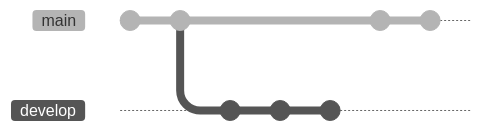
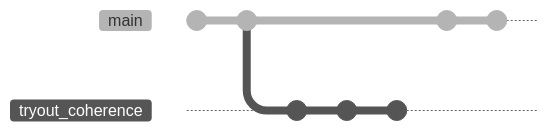
The fifth of 6 diagrams in index.qmd (joschaschmiedt/Git4Neurosciences), drawn with Mermaid (neutral theme) before and after one commit. The commit also changed other lines of this file, not shown here. Commit ids are hidden.

````diff
--- a/index.qmd
+++ b/index.qmd
@@ -88,12 +122,12 @@
 ```{mermaid}
 gitGraph
     commit
     commit
-    branch develop
+    branch tryout_coherence
     commit
     commit
     commit
     checkout main
     commit
     commit
 ```
````
